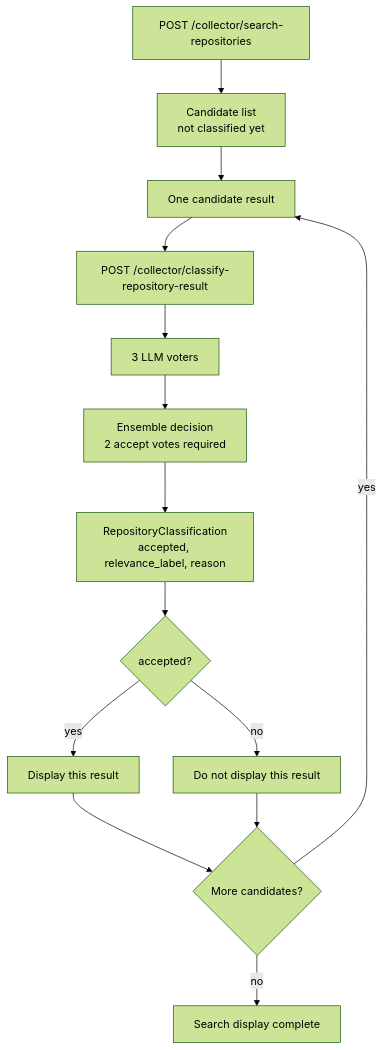
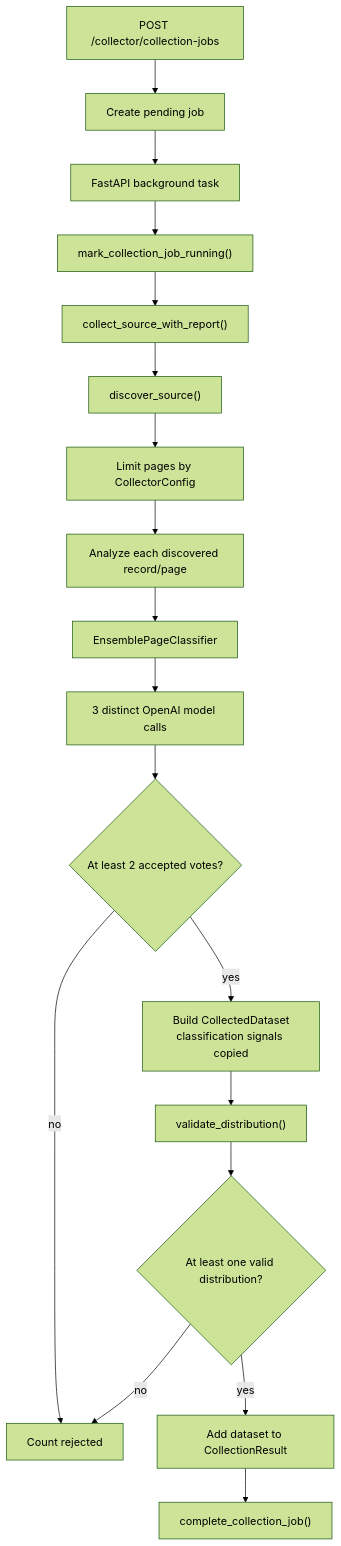
The fourth of 7 diagrams in docs/collector-pipeline-diagram.md (nicolasberlin/global-health-dataset-catalog), drawn with Mermaid (forest theme) before and after one commit. The commit also changed other lines of this file and 30 other files, not shown here.

Commit message:
Update collector security and architecture docs

````diff
--- a/docs/collector-pipeline-diagram.md
+++ b/docs/collector-pipeline-diagram.md
@@ -146,21 +104,20 @@
 ```mermaid
 flowchart TD
-    SearchRoute["POST /collector/search-repositories"]
-    CandidateList["Candidate list<br/>not classified yet"]
-    Candidate["One candidate result"]
-    ClassifyRoute["POST /collector/classify-repository-result"]
-    Voters["3 LLM voters"]
-    Ensemble["Ensemble decision<br/>2 accept votes required"]
-    RepositoryClassification["RepositoryClassification<br/>accepted, relevance_label, reason"]
-    Decision{"accepted?"}
-    Display["Display this result"]
-    Hide["Do not display this result"]
-    More{"More candidates?"}
-
-    SearchRoute --> CandidateList --> Candidate --> ClassifyRoute
-    ClassifyRoute --> Voters --> Ensemble --> RepositoryClassification --> Decision
-    Decision -- "yes" --> Display --> More
-    Decision -- "no" --> Hide --> More
-    More -- "yes" --> Candidate
-    More -- "no" --> Done["Search display complete"]
+    Start["POST /collector/collection-jobs"] --> Create["Create pending job"]
+    Create --> Background["FastAPI background task"]
+    Background --> Running["mark_collection_job_running()"]
+    Running --> Collect["collect_source_with_report()"]
+    Collect --> Discover["discover_source()"]
+    Discover --> Limit["Limit pages by CollectorConfig"]
+    Limit --> Analyze["Analyze each discovered record/page"]
+    Analyze --> PageClassifier["EnsemblePageClassifier"]
+    PageClassifier --> PageModels["3 distinct OpenAI model calls"]
+    PageModels --> Accepted{"At least 2 accepted votes?"}
+    Accepted -->|no| Rejected["Count rejected"]
+    Accepted -->|yes| Candidate["Build CollectedDataset<br/>classification signals copied"]
+    Candidate --> Validate["validate_distribution()"]
+    Validate --> Valid{"At least one valid distribution?"}
+    Valid -->|no| Rejected
+    Valid -->|yes| Result["Add dataset to CollectionResult"]
+    Result --> Complete["complete_collection_job()"]
 ```
````
